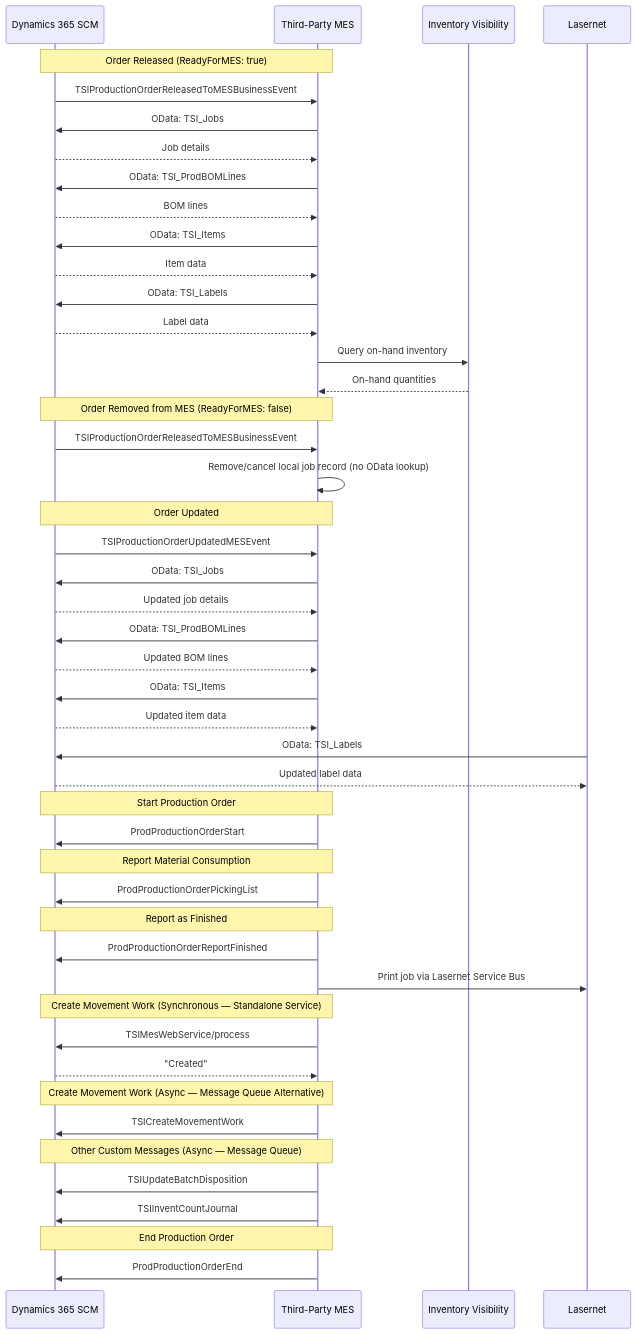
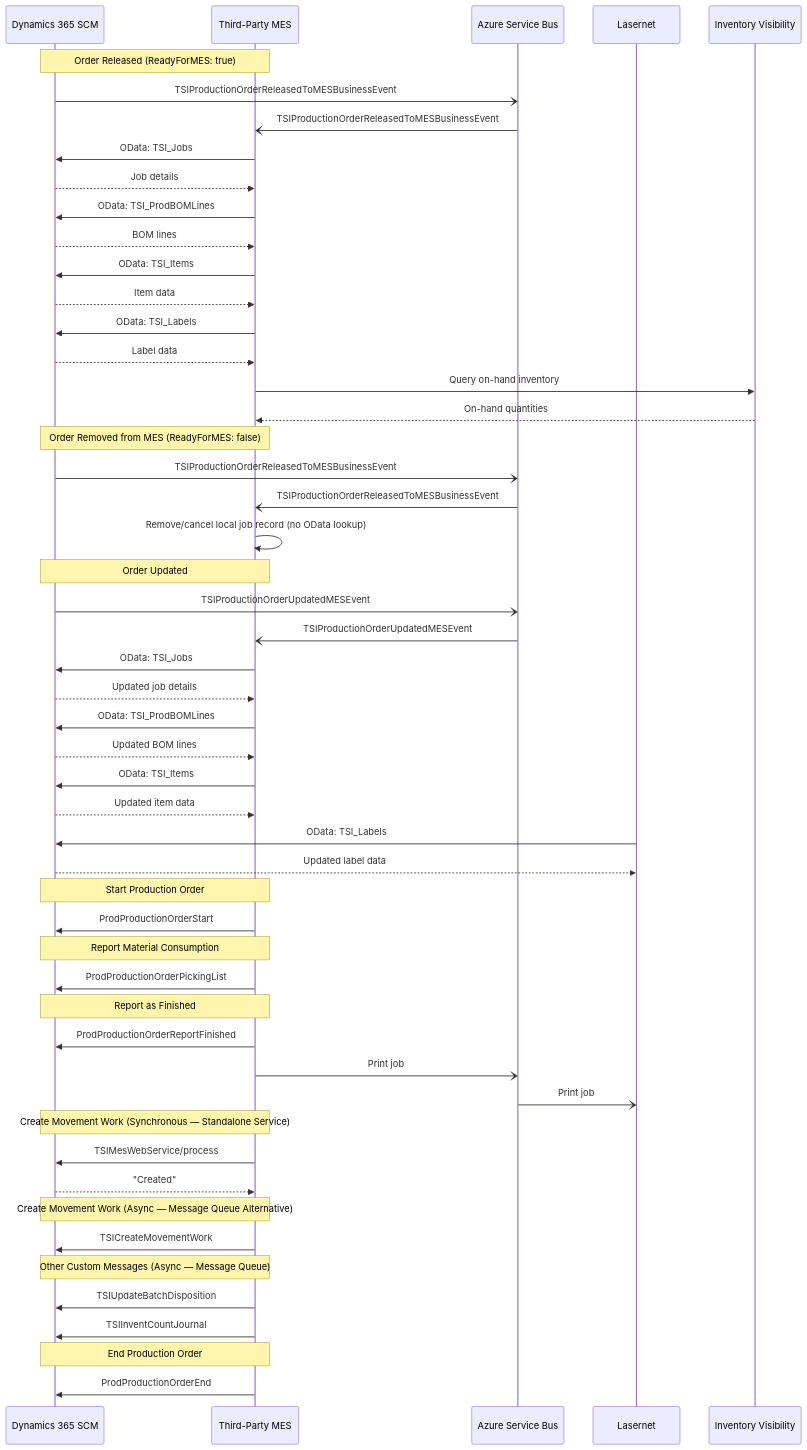
One commit to tempur-intl/d365MES-examples changed the diagram in README.md. Above: the diagram before and after it, drawn with Mermaid. The commit also changed other lines of this file, not shown here.

Commit message:
update mermaid diagram

````diff
--- a/README.md
+++ b/README.md
@@ -25,59 +25,64 @@
 ```mermaid
 sequenceDiagram
     participant D365 as Dynamics 365 SCM
     participant MES as Third-Party MES
+    participant SB as Azure Service Bus
+    participant LN as Lasernet
     participant IVA as Inventory Visibility
-    participant LN as Lasernet
 
     Note over D365,MES: Order Released (ReadyForMES: true)
-    D365->>MES: TSIProductionOrderReleasedToMESBusinessEvent
+    D365-)SB: TSIProductionOrderReleasedToMESBusinessEvent
+    SB-)MES: TSIProductionOrderReleasedToMESBusinessEvent
     MES->>D365: OData: TSI_Jobs
     D365-->>MES: Job details
     MES->>D365: OData: TSI_ProdBOMLines
     D365-->>MES: BOM lines
     MES->>D365: OData: TSI_Items
     D365-->>MES: Item data
     MES->>D365: OData: TSI_Labels
     D365-->>MES: Label data
     MES->>IVA: Query on-hand inventory
     IVA-->>MES: On-hand quantities
 
     Note over D365,MES: Order Removed from MES (ReadyForMES: false)
-    D365->>MES: TSIProductionOrderReleasedToMESBusinessEvent
+    D365-)SB: TSIProductionOrderReleasedToMESBusinessEvent
+    SB-)MES: TSIProductionOrderReleasedToMESBusinessEvent
     MES->>MES: Remove/cancel local job record (no OData lookup)
 
     Note over D365,MES: Order Updated
-    D365->>MES: TSIProductionOrderUpdatedMESEvent
+    D365-)SB: TSIProductionOrderUpdatedMESEvent
+    SB-)MES: TSIProductionOrderUpdatedMESEvent
     MES->>D365: OData: TSI_Jobs
     D365-->>MES: Updated job details
     MES->>D365: OData: TSI_ProdBOMLines
     D365-->>MES: Updated BOM lines
     MES->>D365: OData: TSI_Items
     D365-->>MES: Updated item data
     LN->>D365: OData: TSI_Labels
     D365-->>LN: Updated label data
 
     Note over D365,MES: Start Production Order
     MES->>D365: ProdProductionOrderStart
 
     Note over D365,MES: Report Material Consumption
     MES->>D365: ProdProductionOrderPickingList
 
     Note over D365,MES: Report as Finished
     MES->>D365: ProdProductionOrderReportFinished
-    MES->>LN: Print job via Lasernet Service Bus
+    MES-)SB: Print job
+    SB-)LN: Print job
 
     Note over D365,MES: Create Movement Work (Synchronous — Standalone Service)
     MES->>D365: TSIMesWebService/process
     D365-->>MES: "Created"
 
     Note over D365,MES: Create Movement Work (Async — Message Queue Alternative)
     MES->>D365: TSICreateMovementWork
 
     Note over D365,MES: Other Custom Messages (Async — Message Queue)
     MES->>D365: TSIUpdateBatchDisposition
     MES->>D365: TSIInventCountJournal
 
     Note over D365,MES: End Production Order
     MES->>D365: ProdProductionOrderEnd
 ```
````
